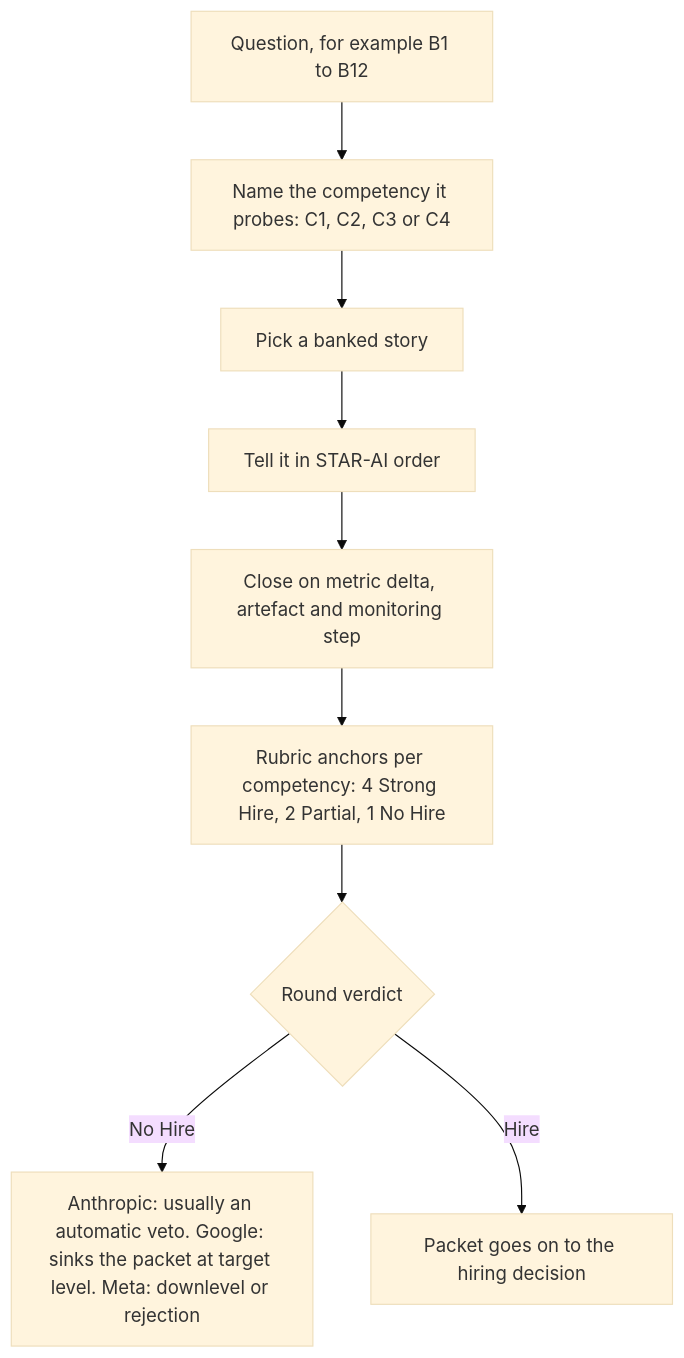
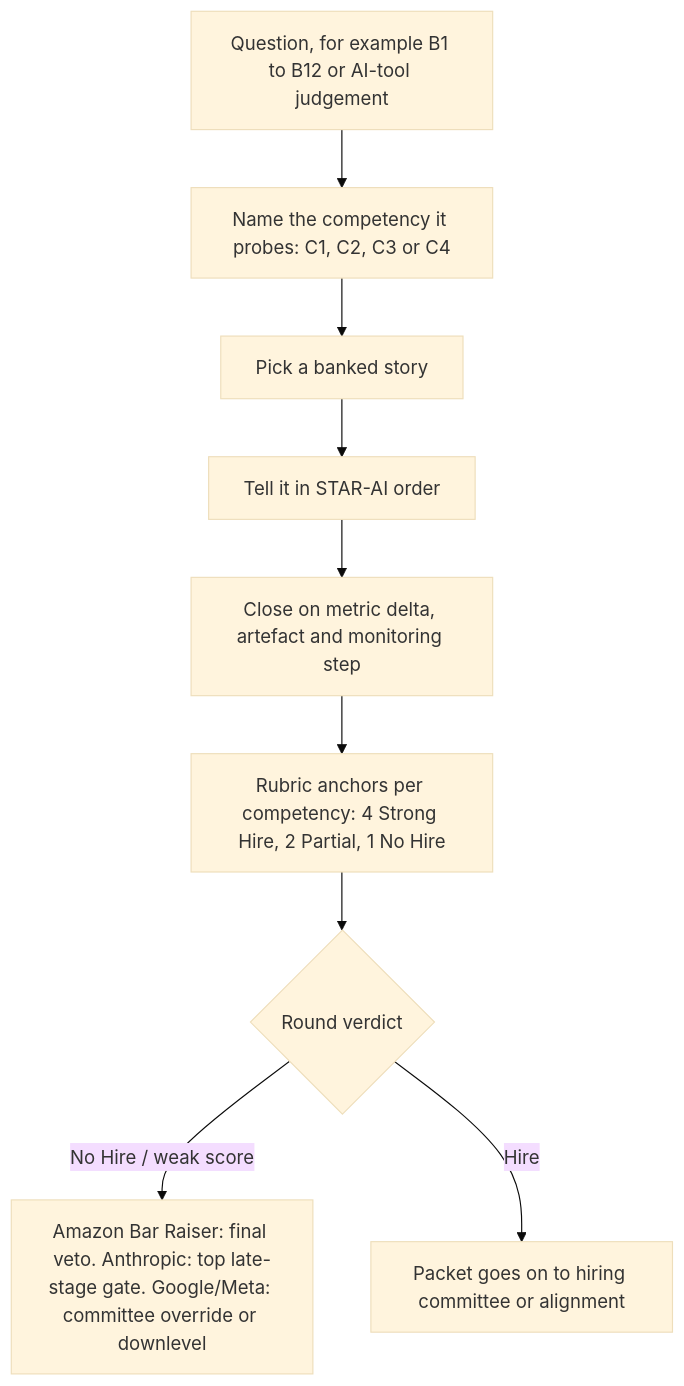
One commit to bhaskarjha-dev/genai-career changed the diagram in career/08-interviewing/behavioral-calibration.md. Above: the diagram before and after it, drawn with Mermaid (base theme). The commit also changed other lines of this file and 7 other files, not shown here.

````diff
--- a/career/08-interviewing/behavioral-calibration.md
+++ b/career/08-interviewing/behavioral-calibration.md
@@ -35,11 +35,11 @@
 ```mermaid
 flowchart TD
-    Q["Question, for example B1 to B12"] --> C["Name the competency it probes: C1, C2, C3 or C4"]
+    Q["Question, for example B1 to B12 or AI-tool judgement"] --> C["Name the competency it probes: C1, C2, C3 or C4"]
     C --> S["Pick a banked story"]
     S --> T["Tell it in STAR-AI order"]
     T --> R["Close on metric delta, artefact and monitoring step"]
     R --> A["Rubric anchors per competency: 4 Strong Hire, 2 Partial, 1 No Hire"]
     A --> V{"Round verdict"}
-    V -->|"No Hire"| X["Anthropic: usually an automatic veto. Google: sinks the packet at target level. Meta: downlevel or rejection"]
-    V -->|"Hire"| P["Packet goes on to the hiring decision"]
+    V -->|"No Hire / weak score"| X["Amazon Bar Raiser: final veto. Anthropic: top late-stage gate. Google/Meta: committee override or downlevel"]
+    V -->|"Hire"| P["Packet goes on to hiring committee or alignment"]
 ```
````
